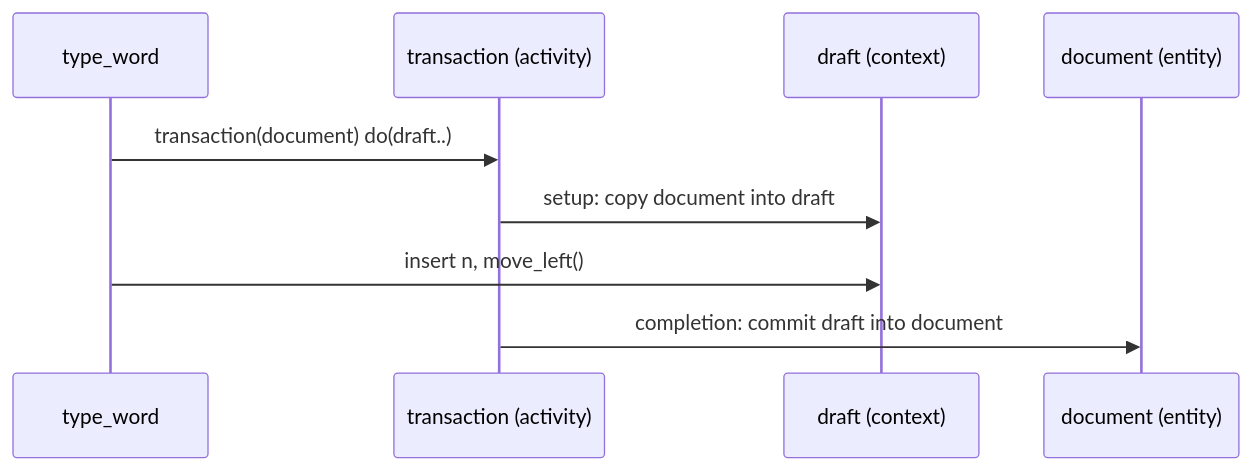
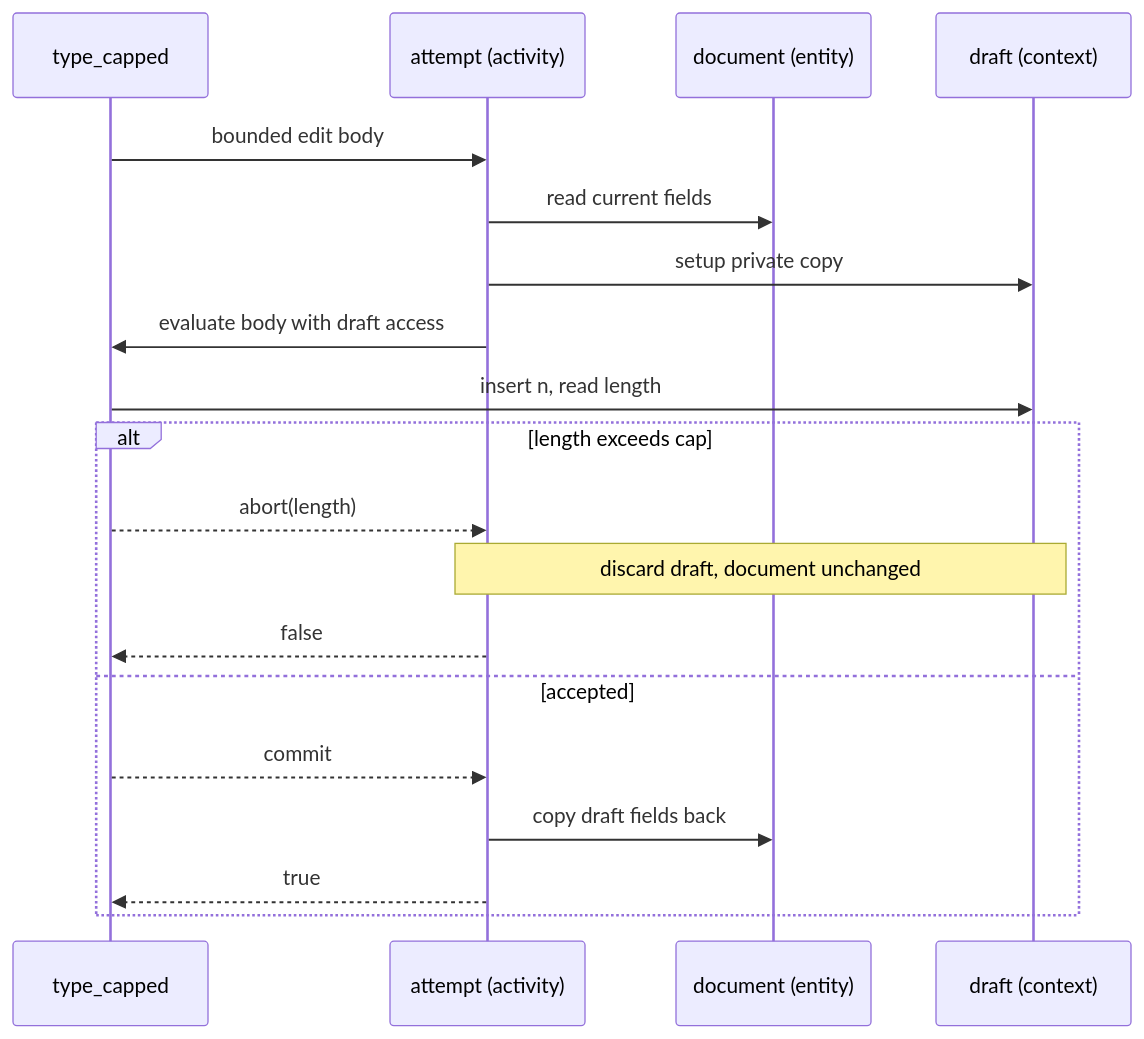
One commit to cperion/nua changed the fifth of 8 diagrams in docs/designing-and-writing-nua.md. Above: the diagram before and after it, drawn with Mermaid. The commit also changed other lines of this file and 12 other files, not shown here.

````diff
--- a/docs/designing-and-writing-nua.md
+++ b/docs/designing-and-writing-nua.md
@@ -279,11 +314,21 @@
 ```mermaid
 sequenceDiagram
-    participant Caller as type_word
-    participant T as transaction (activity)
-    participant E as draft (context)
+    participant Caller as type_capped
+    participant A as attempt (activity)
     participant D as document (entity)
-    Caller->>T: transaction(document) do(draft..)
-    T->>E: setup: copy document into draft
-    Caller->>E: insert n, move_left()
-    T->>D: completion: commit draft into document
+    participant W as draft (context)
+    Caller->>A: bounded edit body
+    A->>D: read current fields
+    A->>W: setup private copy
+    A->>Caller: evaluate body with draft access
+    Caller->>W: insert n, read length
+    alt length exceeds cap
+        Caller-->>A: abort(length)
+        Note over A,W: discard draft, document unchanged
+        A-->>Caller: false
+    else accepted
+        Caller-->>A: commit
+        A->>D: copy draft fields back
+        A-->>Caller: true
+    end
 ```
````
